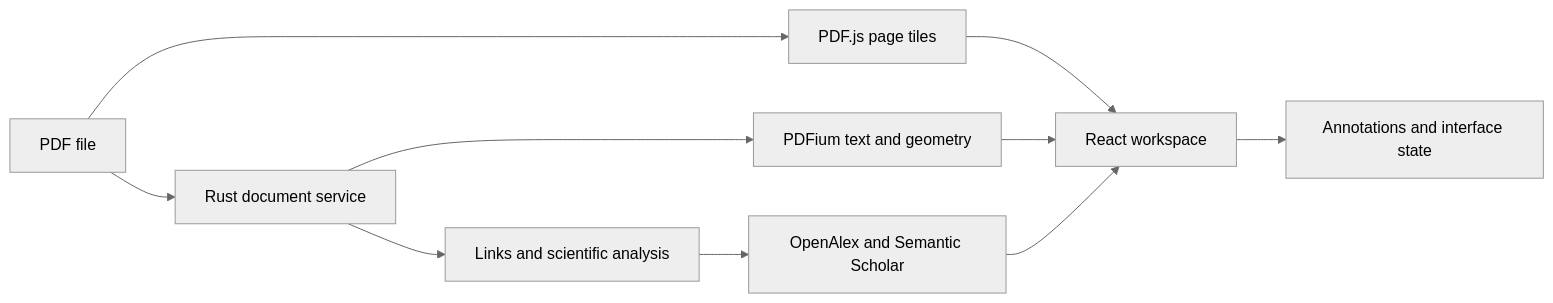
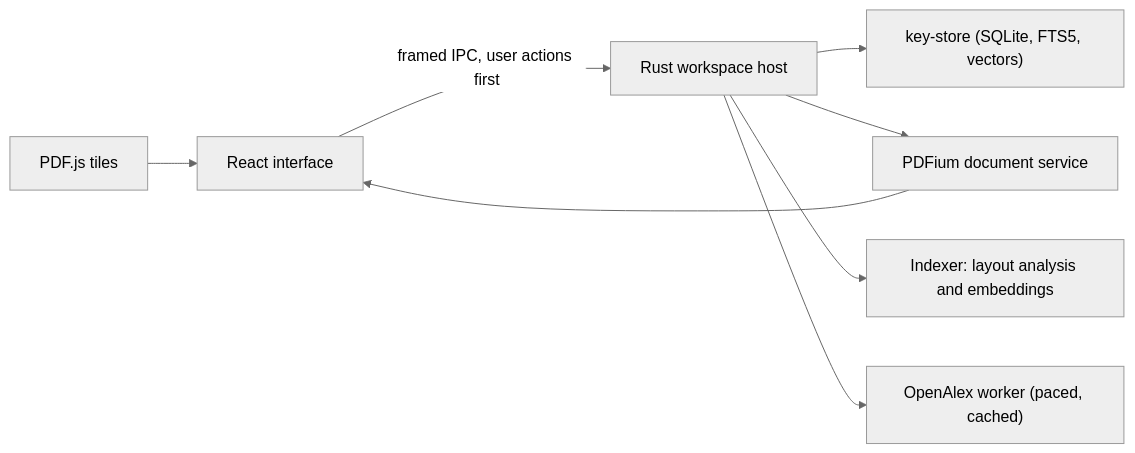
Before and after one commit to JonasWeinert/Key-KMP: the diagram in README.md, drawn with Mermaid (neutral theme). The commit also changed other lines of this file and 7 other files, not shown here.

````diff
--- a/README.md
+++ b/README.md
@@ -135,12 +126,10 @@
 ```mermaid
 flowchart LR
-    File["PDF file"] --> PDFJS["PDF.js page tiles"]
-    File --> Native["Rust document service"]
-    Native --> PDFium["PDFium text and geometry"]
-    Native --> Analysis["Links and scientific analysis"]
-    Analysis --> Providers["OpenAlex and Semantic Scholar"]
-    PDFJS --> Workspace["React workspace"]
-    PDFium --> Workspace
-    Providers --> Workspace
-    Workspace --> State["Annotations and interface state"]
+    UI["React interface"] -->|"framed IPC, user actions first"| Host["Rust workspace host"]
+    Host --> Store["key-store (SQLite, FTS5, vectors)"]
+    Host --> PDF["PDFium document service"]
+    Host --> Index["Indexer: layout analysis and embeddings"]
+    Host --> OA["OpenAlex worker (paced, cached)"]
+    PDFJS["PDF.js tiles"] --> UI
+    PDF --> UI
 ```
````
